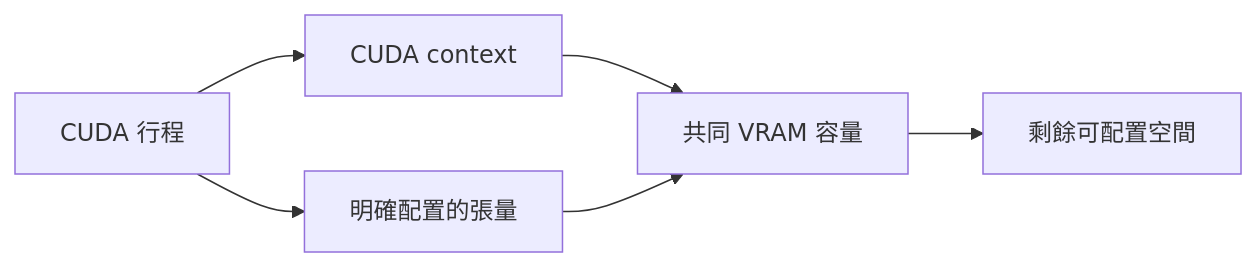
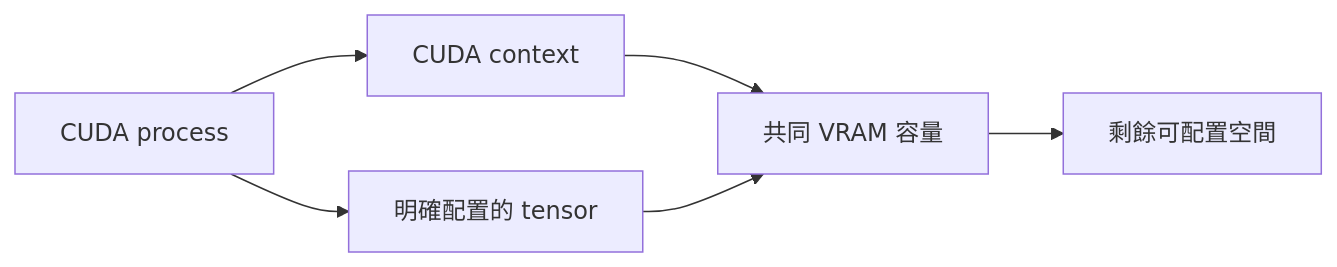
One commit to Daniel77871/dra-gpu-sharing-in-practice changed the first of 5 diagrams in book/03-oom/README.md. Above: the diagram before and after it, drawn with Mermaid. The commit also changed other lines of this file and 80 other files, not shown here.

````diff
--- a/book/03-oom/README.md
+++ b/book/03-oom/README.md
@@ -15,8 +15,8 @@
 ```mermaid
 flowchart LR
-    P["CUDA 行程"] --> C["CUDA context"]
-    P --> T["明確配置的張量"]
+    P["CUDA process"] --> C["CUDA context"]
+    P --> T["明確配置的 tensor"]
     C --> V["共同 VRAM 容量"]
     T --> V
     V --> F["剩餘可配置空間"]
 ```
````
